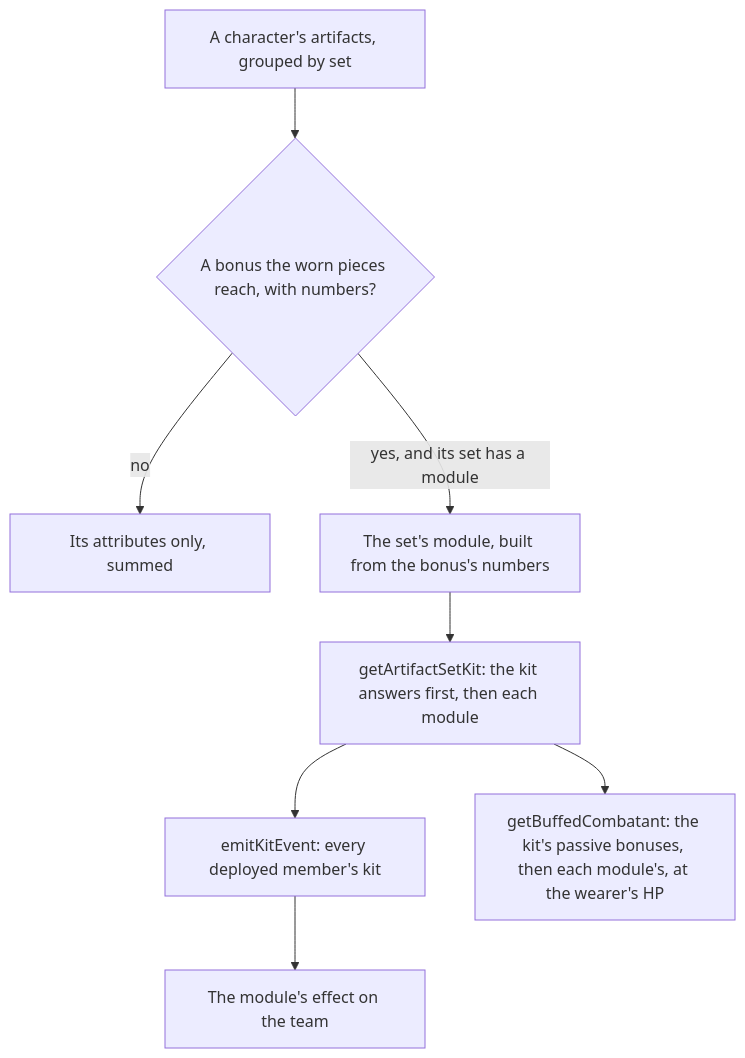
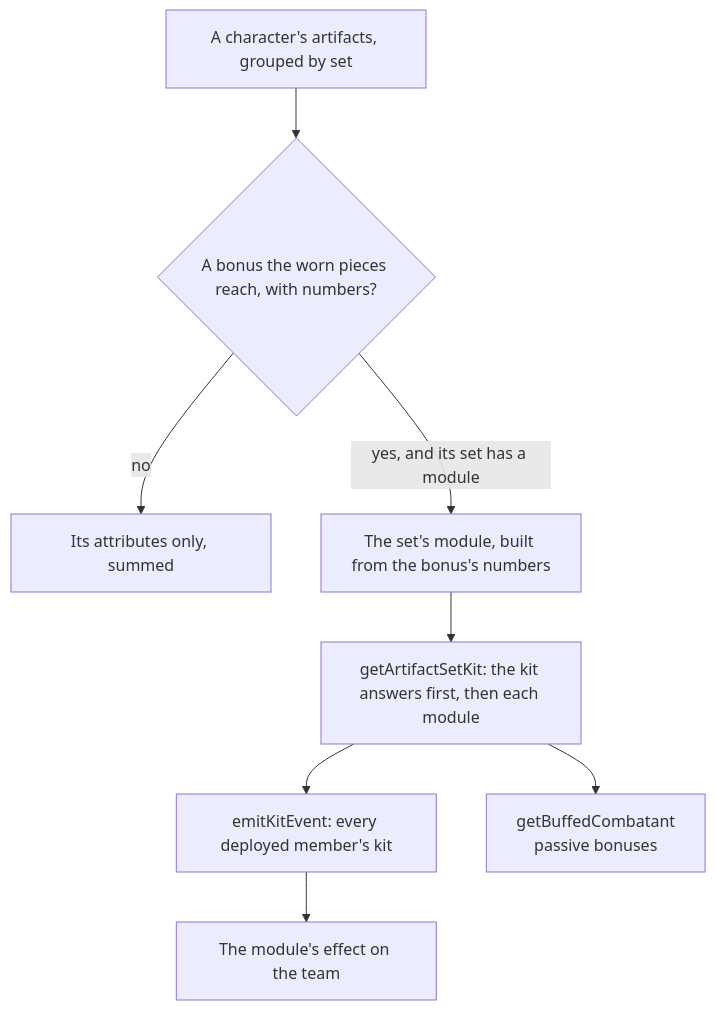
Before and after one commit to Esposter/Esposter: the second of 2 diagrams in openspec/specs/genshin/artifact-enhancement/design.md, drawn with Mermaid. The commit also changed other lines of this file and 5 other files, not shown here.

````diff
--- a/openspec/specs/genshin/artifact-enhancement/design.md
+++ b/openspec/specs/genshin/artifact-enhancement/design.md
@@ -42,10 +42,10 @@
 ```mermaid
 flowchart TD
   WORN["A character's artifacts, grouped by set"] --> REACH{"A bonus the worn pieces reach, with numbers?"}
   REACH -->|"no"| LINES["Its attributes only, summed"]
   REACH -->|"yes, and its set has a module"| MODULE["The set's module, built from the bonus's numbers"]
   MODULE --> KIT["getArtifactSetKit: the kit answers first, then each module"]
   KIT --> EMIT["emitKitEvent: every deployed member's kit"]
   EMIT --> EFFECT["The module's effect on the team"]
-  KIT --> PRICE["getBuffedCombatant: the kit's passive bonuses, then each module's, at the wearer's HP"]
+  KIT --> PRICE["getBuffedCombatant<br/>passive bonuses"]
 ```
````
